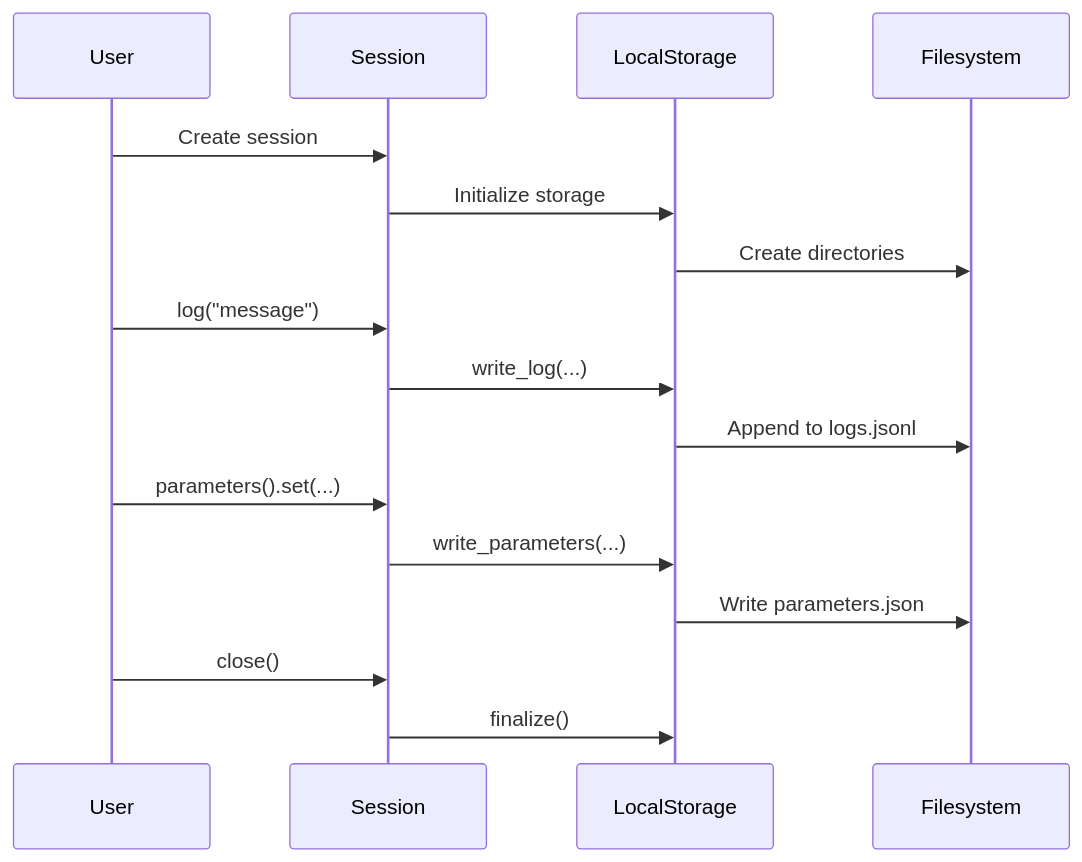
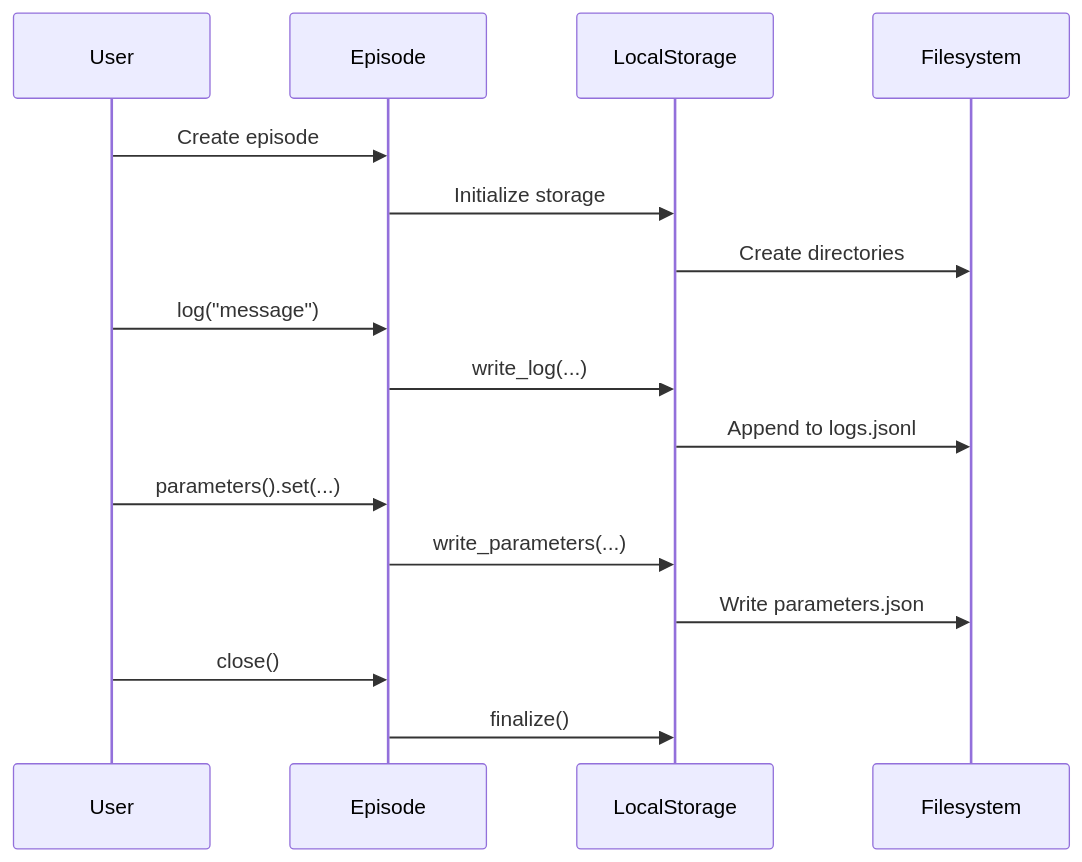
The second of 3 diagrams in docs/architecture.md (fortyfive-labs/dreamlake), drawn with Mermaid before and after one commit. The commit also changed other lines of this file and 56 other files, not shown here.

Commit message:
chore: session→episode rename across SDK, docs, and tests

````diff
--- a/docs/architecture.md
+++ b/docs/architecture.md
@@ -175,22 +175,22 @@
 ```{mermaid}
 sequenceDiagram
     participant User
-    participant Session
+    participant Episode
     participant LocalStorage
     participant FS as Filesystem
 
-    User->>Session: Create session
-    Session->>LocalStorage: Initialize storage
+    User->>Episode: Create episode
+    Episode->>LocalStorage: Initialize storage
     LocalStorage->>FS: Create directories
 
-    User->>Session: log("message")
-    Session->>LocalStorage: write_log(...)
+    User->>Episode: log("message")
+    Episode->>LocalStorage: write_log(...)
     LocalStorage->>FS: Append to logs.jsonl
 
-    User->>Session: parameters().set(...)
-    Session->>LocalStorage: write_parameters(...)
+    User->>Episode: parameters().set(...)
+    Episode->>LocalStorage: write_parameters(...)
     LocalStorage->>FS: Write parameters.json
 
-    User->>Session: close()
-    Session->>LocalStorage: finalize()
+    User->>Episode: close()
+    Episode->>LocalStorage: finalize()
 ```
````
